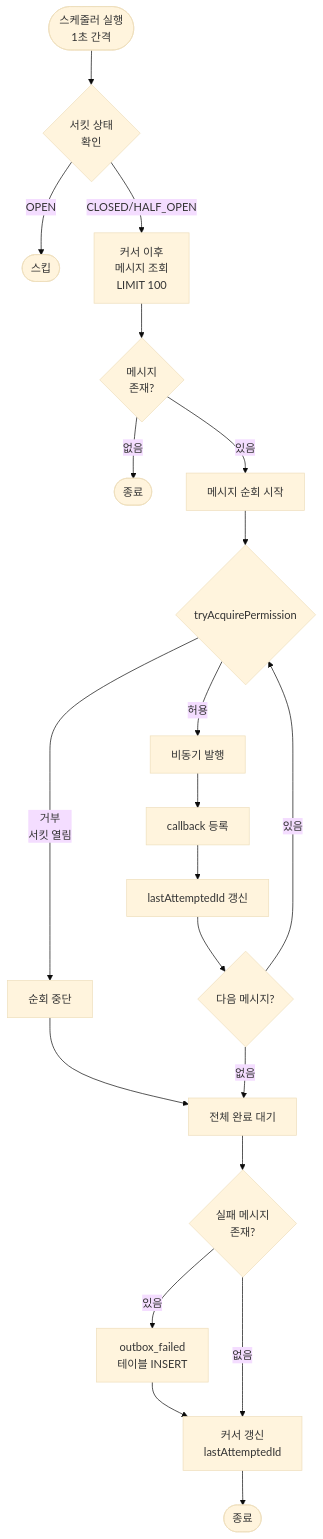
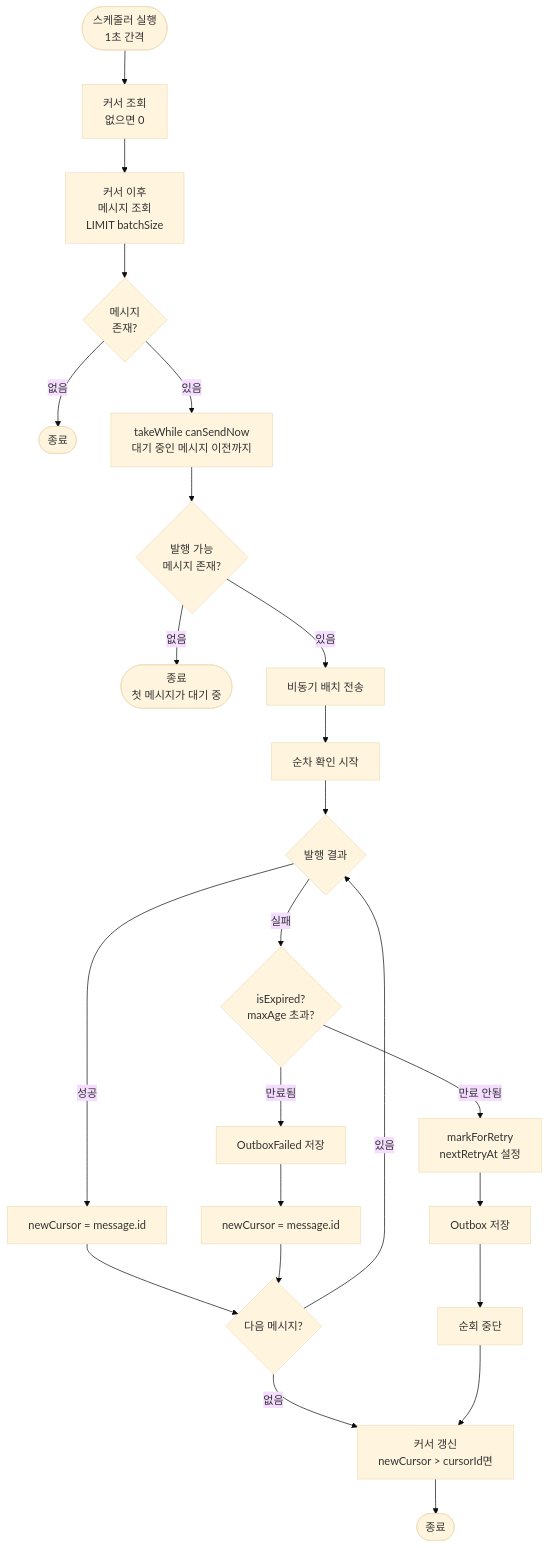
The first of 3 diagrams in docs/week8/round8-detailed-design.md (Loopers-dev-lab/loopers-spring-kotlin-template), drawn with Mermaid (base theme) before and after one commit. The commit also changed other lines of this file and 1 other file, not shown here.

First line of the commit message:
refactor: OutboxRelay 설계 및 리팩토링 개선

````diff
--- a/docs/week8/round8-detailed-design.md
+++ b/docs/week8/round8-detailed-design.md
@@ -87,23 +89,31 @@
 ```mermaid
 flowchart TD
-    Start([스케줄러 실행<br/>1초 간격]) --> CheckCircuit{서킷 상태<br/>확인}
-    CheckCircuit -->|OPEN| End1([스킵])
-    CheckCircuit -->|CLOSED/HALF_OPEN| FetchMessages[커서 이후<br/>메시지 조회<br/>LIMIT 100]
+    Start([스케줄러 실행<br/>1초 간격]) --> FetchCursor[커서 조회<br/>없으면 0]
+    FetchCursor --> FetchMessages[커서 이후<br/>메시지 조회<br/>LIMIT batchSize]
     FetchMessages --> HasMessages{메시지<br/>존재?}
-    HasMessages -->|없음| End2([종료])
-    HasMessages -->|있음| LoopStart[메시지 순회 시작]
-    LoopStart --> TryPermission{tryAcquirePermission}
-    TryPermission -->|거부<br/>서킷 열림| BreakLoop[순회 중단]
-    BreakLoop --> WaitFutures
-    TryPermission -->|허용| SendAsync[비동기 발행]
-    SendAsync --> RegisterCallback[callback 등록]
-    RegisterCallback --> UpdateLastId[lastAttemptedId 갱신]
-    UpdateLastId --> NextMessage{다음 메시지?}
-    NextMessage -->|있음| TryPermission
-    NextMessage -->|없음| WaitFutures[전체 완료 대기]
-    WaitFutures --> HasFailed{실패 메시지<br/>존재?}
-    HasFailed -->|있음| InsertFailed[outbox_failed<br/>테이블 INSERT]
-    InsertFailed --> UpdateCursor
-    HasFailed -->|없음| UpdateCursor[커서 갱신<br/>lastAttemptedId]
-    UpdateCursor --> End3([종료])
+    HasMessages -->|없음| End1([종료])
+    HasMessages -->|있음| TakeWhile[takeWhile canSendNow<br/>대기 중인 메시지 이전까지]
+    TakeWhile --> HasSendable{발행 가능<br/>메시지 존재?}
+    HasSendable -->|없음| End2([종료<br/>첫 메시지가 대기 중])
+    HasSendable -->|있음| BatchSend[비동기 배치 전송]
+    BatchSend --> SequentialCheck[순차 확인 시작]
+
+    SequentialCheck --> CheckResult{발행 결과}
+    CheckResult -->|성공| UpdateCursor1[newCursor = message.id]
+    UpdateCursor1 --> NextMessage
+
+    CheckResult -->|실패| CheckExpired{isExpired?<br/>maxAge 초과?}
+    CheckExpired -->|만료됨| SaveFailed[OutboxFailed 저장]
+    SaveFailed --> UpdateCursor2[newCursor = message.id]
+    UpdateCursor2 --> NextMessage
+
+    CheckExpired -->|만료 안됨| MarkRetry[markForRetry<br/>nextRetryAt 설정]
+    MarkRetry --> SaveOutbox[Outbox 저장]
+    SaveOutbox --> Break[순회 중단]
+
+    NextMessage{다음 메시지?}
+    NextMessage -->|있음| CheckResult
+    NextMessage -->|없음| UpdateFinalCursor
+    Break --> UpdateFinalCursor[커서 갱신<br/>newCursor > cursorId면]
+    UpdateFinalCursor --> End3([종료])
 ```
````
